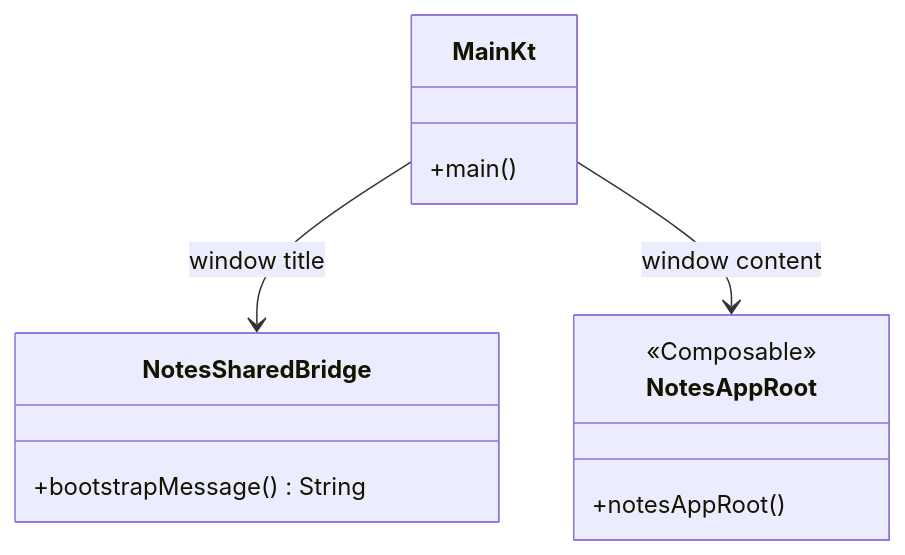
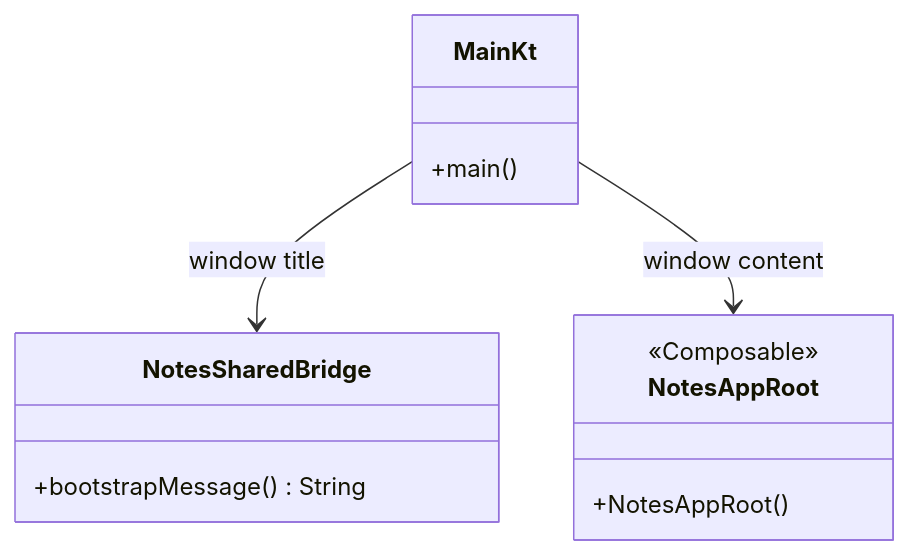
Before and after one commit to TheSetox/note: the first of 2 diagrams in desktopApp/ARCHITECTURE.md, drawn with Mermaid. The commit also changed other lines of this file and 29 other files, not shown here.

````diff
--- a/desktopApp/ARCHITECTURE.md
+++ b/desktopApp/ARCHITECTURE.md
@@ -5,18 +5,18 @@
 ```mermaid
 classDiagram
   class MainKt {
     +main()
   }
 
   class NotesSharedBridge {
     +bootstrapMessage() String
   }
 
   class NotesAppRoot {
     <<Composable>>
-    +notesAppRoot()
+    +NotesAppRoot()
   }
 
   MainKt --> NotesSharedBridge : window title
   MainKt --> NotesAppRoot : window content
 ```
````
